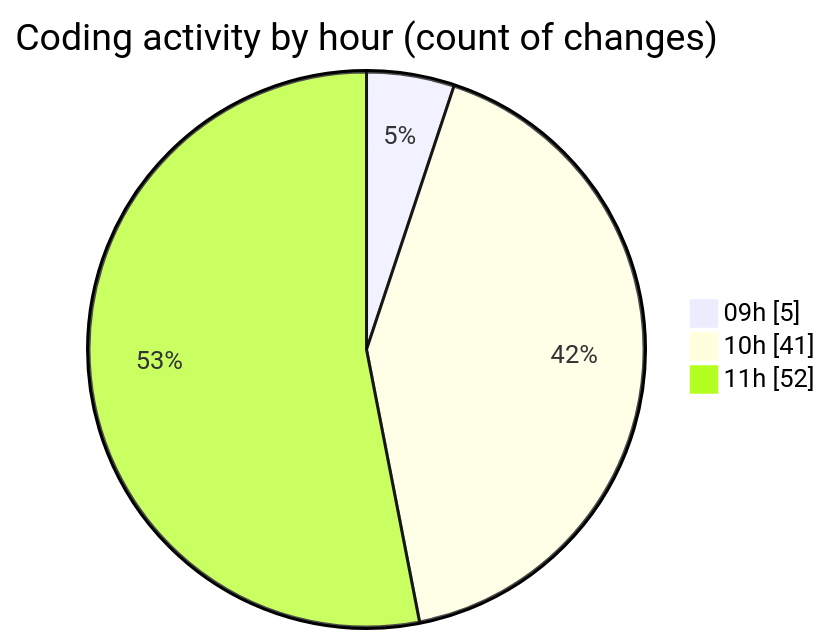
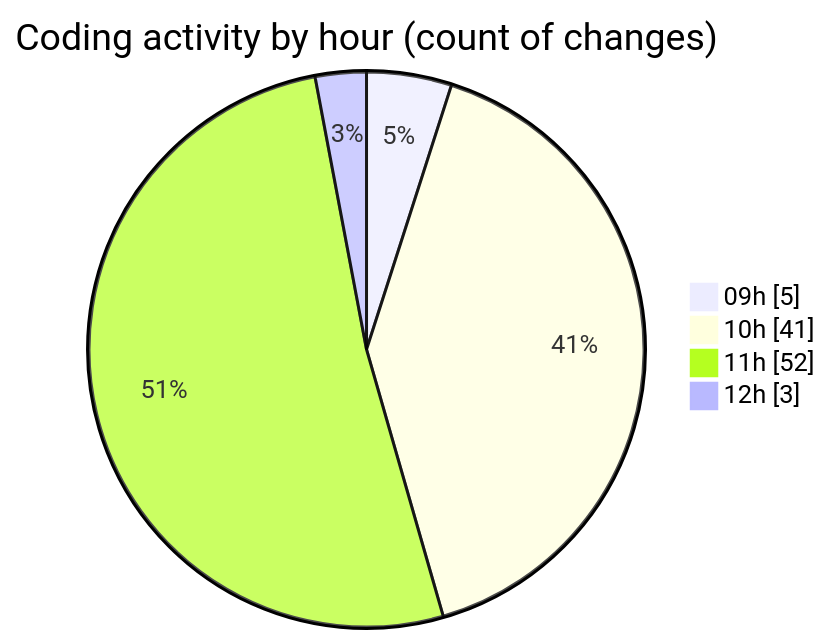
One commit to momahboobian/code-tracking changed the second of 2 diagrams in 2026-04-27/cda/README.md. Above: the diagram before and after it, drawn with Mermaid. The commit also changed other lines of this file and 1 other file, not shown here.

````diff
--- a/2026-04-27/cda/README.md
+++ b/2026-04-27/cda/README.md
@@ -48,7 +48,8 @@
 ```mermaid
 pie showData
 title Coding activity by hour (count of changes)
 "09h" : 5
 "10h" : 41
 "11h" : 52
+"12h" : 3
 ```
````
